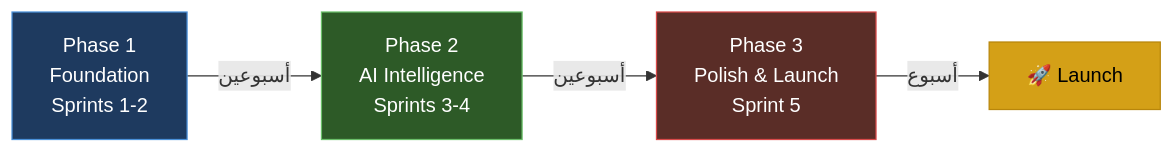
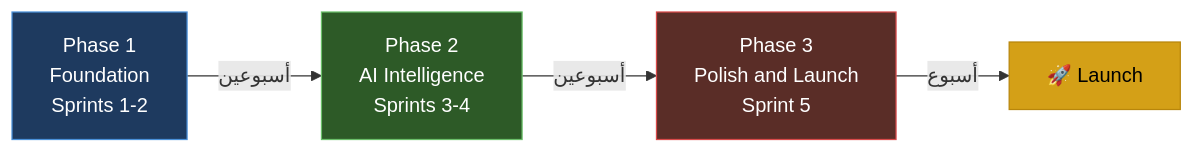
One commit to dyajaballh8/CareerPilot-AI changed the first of 10 diagrams in docs/CareerPilot_AI_Plan.md. Above: the diagram before and after it, drawn with Mermaid. The commit also changed other lines of this file and 1 other file, not shown here.

Commit message:
fix(docs): resolve Mermaid syntax errors for GitHub rich rendering

````diff
--- a/docs/CareerPilot_AI_Plan.md
+++ b/docs/CareerPilot_AI_Plan.md
@@ -19,13 +19,13 @@
 ```mermaid
 flowchart LR
-    P1["Phase 1\nFoundation\nSprints 1-2"]
-    P2["Phase 2\nAI Intelligence\nSprints 3-4"]
-    P3["Phase 3\nPolish & Launch\nSprint 5"]
+    P1["Phase 1<br/>Foundation<br/>Sprints 1-2"]
+    P2["Phase 2<br/>AI Intelligence<br/>Sprints 3-4"]
+    P3["Phase 3<br/>Polish and Launch<br/>Sprint 5"]
 
     P1 -->|"أسبوعين"| P2 -->|"أسبوعين"| P3 -->|"أسبوع"| LAUNCH["🚀 Launch"]
 
     style P1 fill:#1e3a5f,stroke:#4a90d9,color:#fff
     style P2 fill:#2d5a27,stroke:#6abf69,color:#fff
     style P3 fill:#5a2d27,stroke:#d94a4a,color:#fff
     style LAUNCH fill:#d4a017,stroke:#b8860b,color:#000
 ```
````
